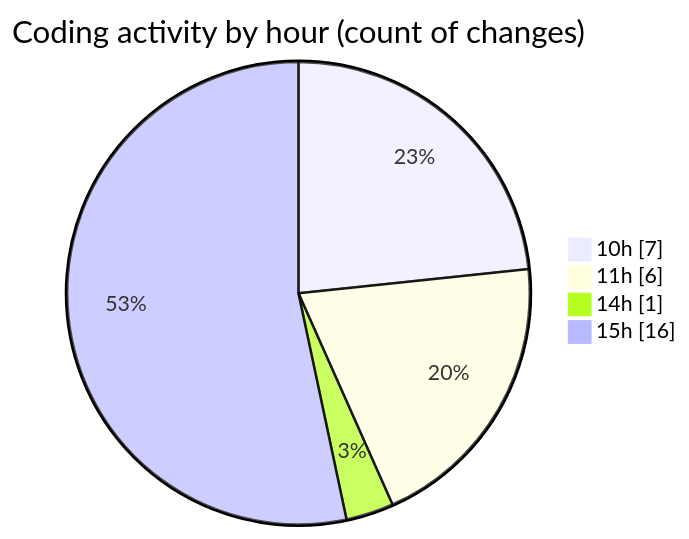
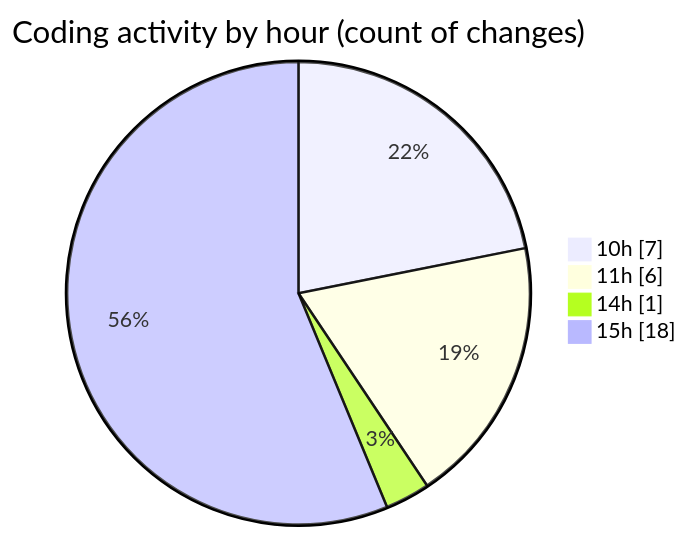
One commit to nxtqubesakshisongat/code-tracking changed the second of 2 diagrams in 2025-11-18/nxtqube_webapp/README.md. Above: the diagram before and after it, drawn with Mermaid. The commit also changed other lines of this file and 1 other file, not shown here.

````diff
--- a/2025-11-18/nxtqube_webapp/README.md
+++ b/2025-11-18/nxtqube_webapp/README.md
@@ -31,8 +33,8 @@
 ```mermaid
 pie showData
 title Coding activity by hour (count of changes)
 "10h" : 7
 "11h" : 6
 "14h" : 1
-"15h" : 16
+"15h" : 18
 ```
````
